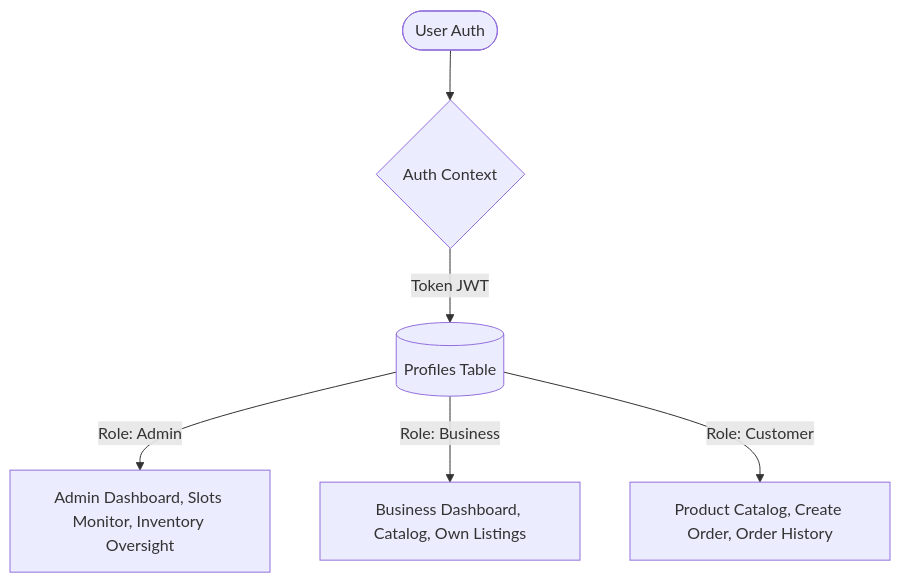
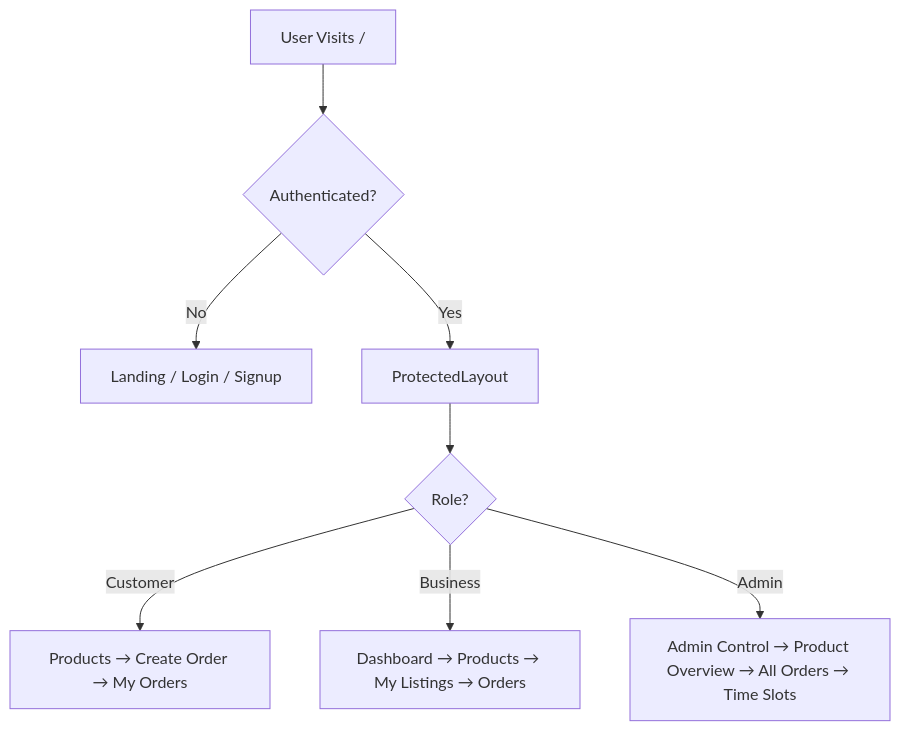
Before and after one commit to anveshh1/LogiSys: the first of 2 diagrams in README.md, drawn with Mermaid. The commit also changed other lines of this file and 2 other files, not shown here.

````diff
--- a/README.md
+++ b/README.md
@@ -30,9 +90,10 @@
 ```mermaid
 graph TD
-    User([User Auth]) --> AuthContext{Auth Context}
-    AuthContext -->|Token JWT| Profiles[(Profiles Table)]
-    
-    Profiles -->|Role: Admin| AdminPages[Admin Dashboard, Slots Monitor, Inventory Oversight]
-    Profiles -->|Role: Business| BusinessPages[Business Dashboard, Catalog, Own Listings]
-    Profiles -->|Role: Customer| CustomerPages[Product Catalog, Create Order, Order History]
+    A[User Visits /] --> B{Authenticated?}
+    B -->|No| C[Landing / Login / Signup]
+    B -->|Yes| D[ProtectedLayout]
+    D --> E{Role?}
+    E -->|Customer| F[Products → Create Order → My Orders]
+    E -->|Business| G[Dashboard → Products → My Listings → Orders]
+    E -->|Admin| H[Admin Control → Product Overview → All Orders → Time Slots]
 ```
````
